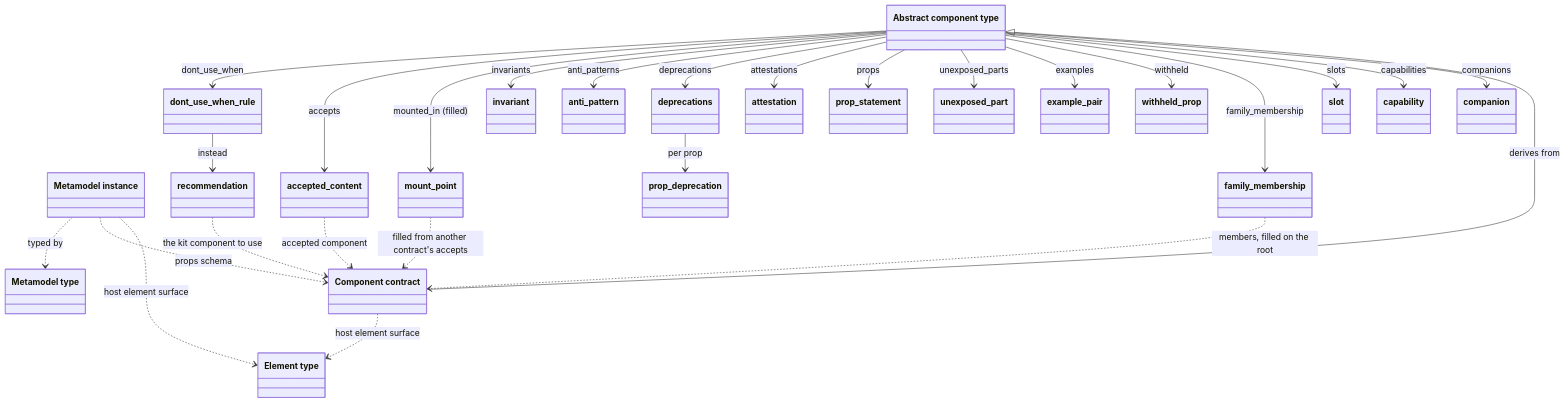
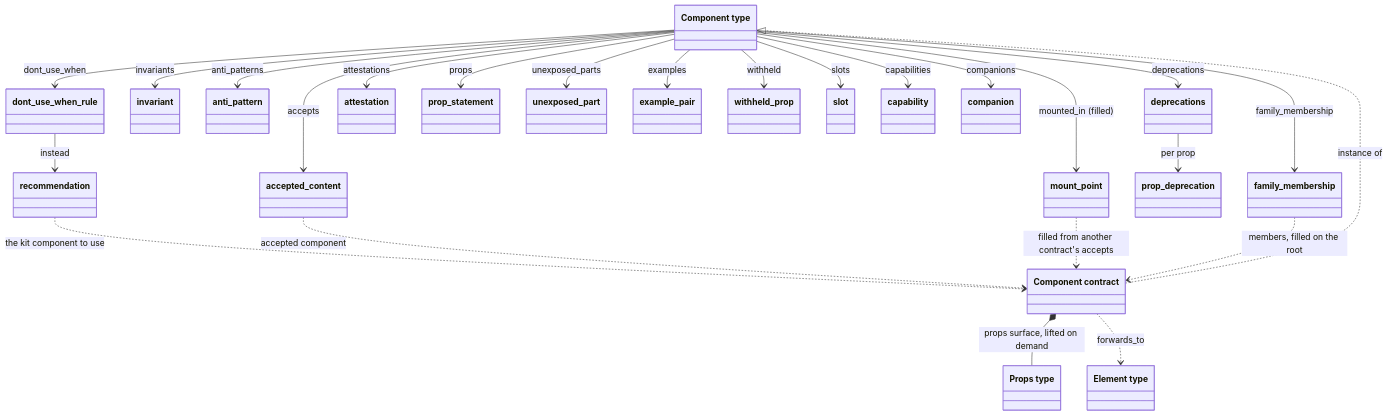
One commit to GeraBart/gears-frontx changed the second of 3 diagrams in packages/ui-kit/architecture/DESIGN.md. Above: the diagram before and after it, drawn with Mermaid. The commit also changed other lines of this file and 3 other files, not shown here.

First line of the commit message:
docs(ui-kit): describe the component-instance model in the package design

````diff
--- a/packages/ui-kit/architecture/DESIGN.md
+++ b/packages/ui-kit/architecture/DESIGN.md
@@ -289,52 +211,49 @@
 ```mermaid
 classDiagram
-    class AbstractType["Abstract component type"]
-    class MetaType["Metamodel type"]
+    class ComponentType["Component type"]
     class Contract["Component contract"]
-    class Instance["Metamodel instance"]
+    class PropsType["Props type"]
     class Element["Element type"]
     class Rule["dont_use_when_rule"]
     class Recommendation["recommendation"]
     class Accepted["accepted_content"]
     class MountPoint["mount_point"]
     class Invariant["invariant"]
     class AntiPattern["anti_pattern"]
     class Deprecations["deprecations"]
     class PropDeprecation["prop_deprecation"]
     class Attestation["attestation"]
     class PropStatement["prop_statement"]
     class UnexposedPart["unexposed_part"]
     class ExamplePair["example_pair"]
     class WithheldProp["withheld_prop"]
     class Family["family_membership"]
     class Slot["slot"]
     class Capability["capability"]
     class Companion["companion"]
 
-    Contract --|> AbstractType : derives from
-    Contract ..> Element : host element surface
-    Instance ..> MetaType : typed by
-    Instance ..> Contract : props schema
-    Instance ..> Element : host element surface
-    AbstractType --> Rule : dont_use_when
-    AbstractType --> Accepted : accepts
-    AbstractType --> MountPoint : mounted_in (filled)
-    AbstractType --> Invariant : invariants
-    AbstractType --> AntiPattern : anti_patterns
-    AbstractType --> Deprecations : deprecations
-    AbstractType --> Attestation : attestations
-    AbstractType --> PropStatement : props
-    AbstractType --> UnexposedPart : unexposed_parts
-    AbstractType --> ExamplePair : examples
-    AbstractType --> WithheldProp : withheld
-    AbstractType --> Family : family_membership
-    AbstractType --> Slot : slots
-    AbstractType --> Capability : capabilities
-    AbstractType --> Companion : companions
+    Contract ..|> ComponentType : instance of
+    Contract *-- PropsType : props surface, lifted on demand
+    Contract ..> Element : forwards_to
+    ComponentType --> Rule : dont_use_when
+    ComponentType --> Accepted : accepts
+    ComponentType --> MountPoint : mounted_in (filled)
+    ComponentType --> Invariant : invariants
+    ComponentType --> AntiPattern : anti_patterns
+    ComponentType --> Deprecations : deprecations
+    ComponentType --> Attestation : attestations
+    ComponentType --> PropStatement : props
+    ComponentType --> UnexposedPart : unexposed_parts
+    ComponentType --> ExamplePair : examples
+    ComponentType --> WithheldProp : withheld
+    ComponentType --> Family : family_membership
+    ComponentType --> Slot : slots
+    ComponentType --> Capability : capabilities
+    ComponentType --> Companion : companions
     Rule --> Recommendation : instead
     Recommendation ..> Contract : the kit component to use
     Accepted ..> Contract : accepted component
     MountPoint ..> Contract : filled from another contract's accepts
     Deprecations --> PropDeprecation : per prop
     Family ..> Contract : members, filled on the root
 ```
````
